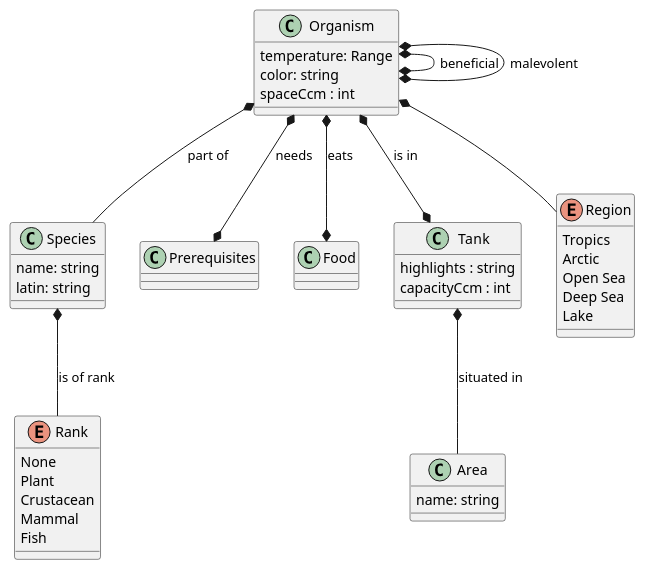
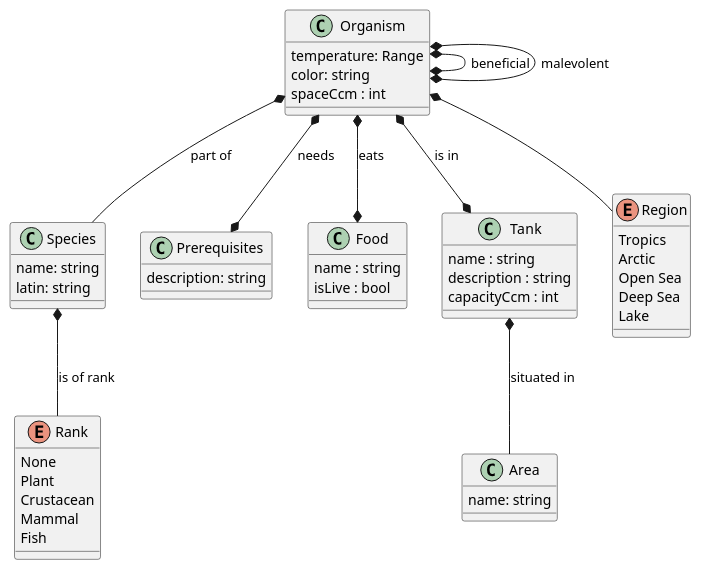
The diagram in Spg.Meixner.Pos.Aquarium.Angular/Models/domain.puml (maixnor/Spg.Meixner.Pos.Aquarium), drawn with PlantUML before and after one commit. The commit also changed 4 other files, not shown here.

```diff
--- a/Spg.Meixner.Pos.Aquarium.Angular/Models/domain.puml
+++ b/Spg.Meixner.Pos.Aquarium.Angular/Models/domain.puml
@@ -1,49 +1,55 @@
 @startuml
 'https://plantuml.com/class-diagram
 
 
 class Species {
     name: string
     latin: string
 }
 class Organism {
     temperature: Range
     color: string
     spaceCcm : int
 }
-class Prerequisites
-class Food
+class Prerequisites {
+    description: string
+}
+class Food {
+    name : string
+    isLive : bool
+}
 class Tank {
-    highlights : string
+    name : string
+    description : string
     capacityCcm : int
 }
 class Area {
     name: string
 }
 
 enum Region {
     Tropics
     Arctic
     Open Sea
     Deep Sea
     Lake
 }
 enum Rank {
     None
     Plant
     Crustacean
     Mammal
     Fish
 }
 
 Species *-- Rank : is of rank
 Organism *-- Species : part of
 Organism *-- Region
 Organism *-up-* Organism : beneficial
 Organism *-right-* Organism : malevolent
 Organism *--* Tank : is in
 Organism *--* Prerequisites : needs
 Organism *--* Food : eats
 Tank *-- Area : situated in
 
 @enduml
```
